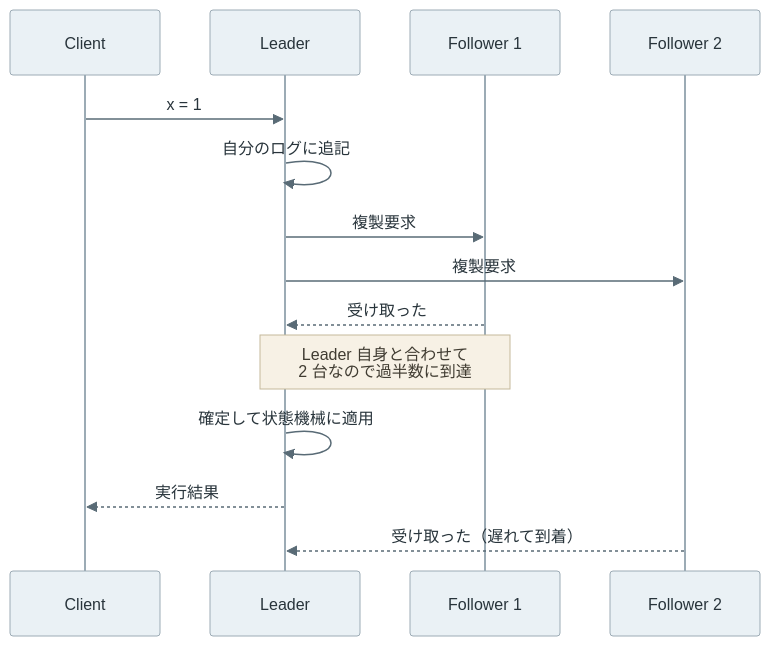
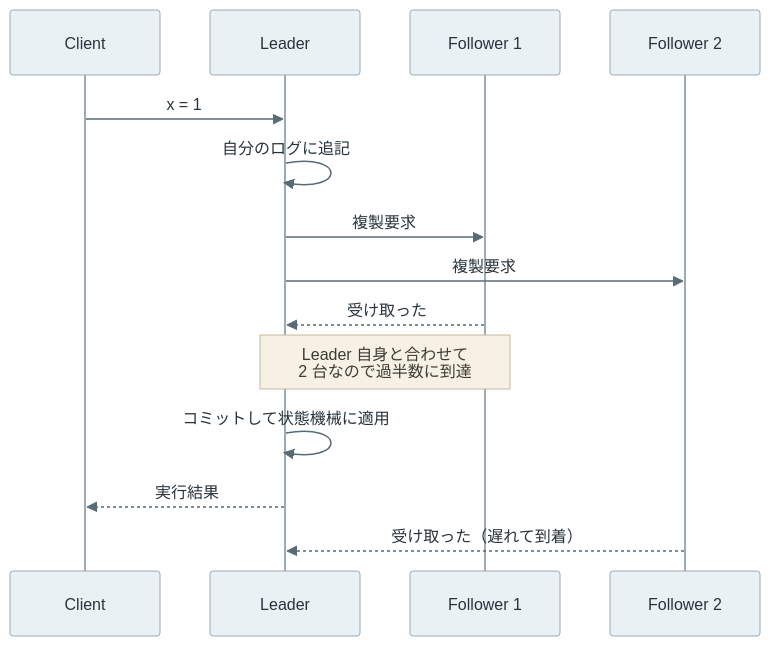
One commit to nao1215/debimate changed the fifth of 7 diagrams in content/notes/distributed-systems/leader-and-followers/index.md. Above: the diagram before and after it, drawn with Mermaid. The commit also changed other lines of this file and 27 other files, not shown here.

````diff
--- a/content/notes/distributed-systems/leader-and-followers/index.md
+++ b/content/notes/distributed-systems/leader-and-followers/index.md
@@ -213,17 +213,17 @@
 ```mermaid
 %%{init: {"theme":"base","themeVariables":{"primaryColor":"#eaf1f5","primaryTextColor":"#28343b","primaryBorderColor":"#9cabb5","lineColor":"#596b76","textColor":"#28343b","actorBkg":"#eaf1f5","actorBorder":"#9cabb5","actorTextColor":"#28343b","actorLineColor":"#9cabb5","signalColor":"#596b76","signalTextColor":"#28343b","noteBkgColor":"#f7f1e5","noteBorderColor":"#c5b99b","noteTextColor":"#403c32","activationBkgColor":"#edf3ef","activationBorderColor":"#9aafa1"}}}%%
 sequenceDiagram
     participant C as Client
     participant L as Leader
     participant F1 as Follower 1
     participant F2 as Follower 2
     C->>L: x = 1
     L->>L: 自分のログに追記
     L->>F1: 複製要求
     L->>F2: 複製要求
     F1-->>L: 受け取った
     Note over L,F1: Leader 自身と合わせて<br/>2 台なので過半数に到達
-    L->>L: 確定して状態機械に適用
+    L->>L: コミットして状態機械に適用
     L-->>C: 実行結果
     F2-->>L: 受け取った（遅れて到着）
 ```
````
